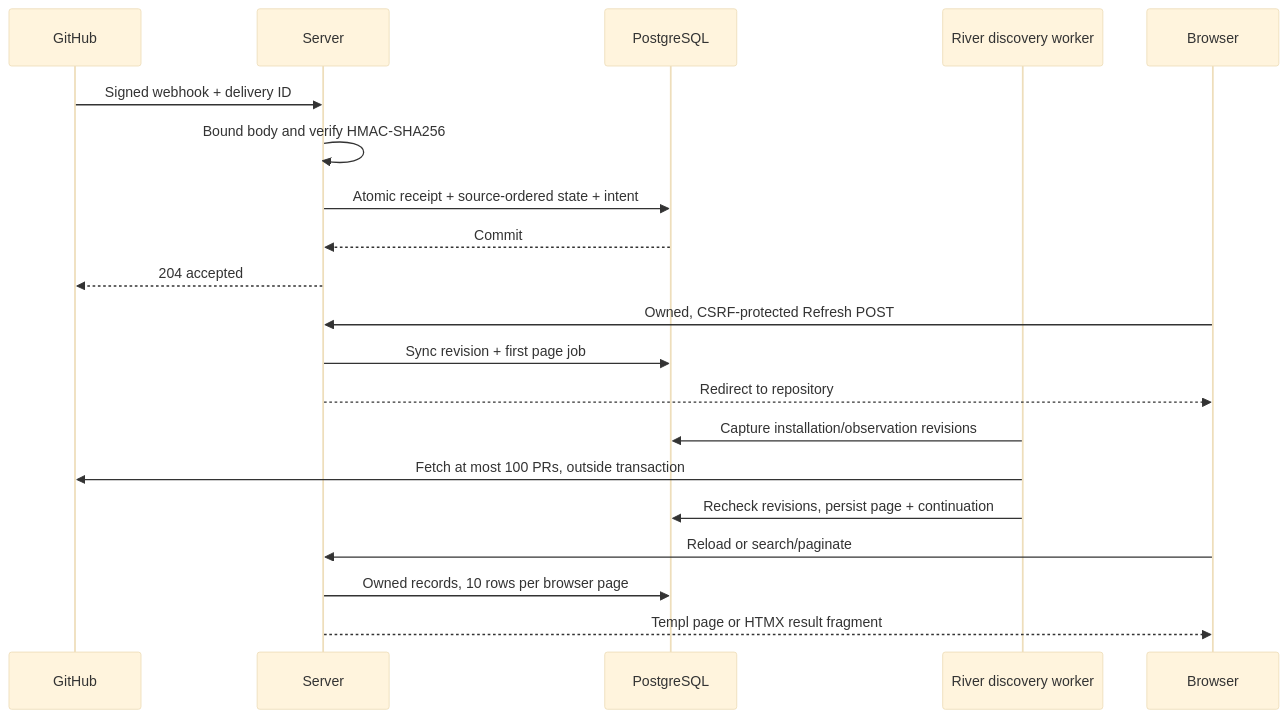
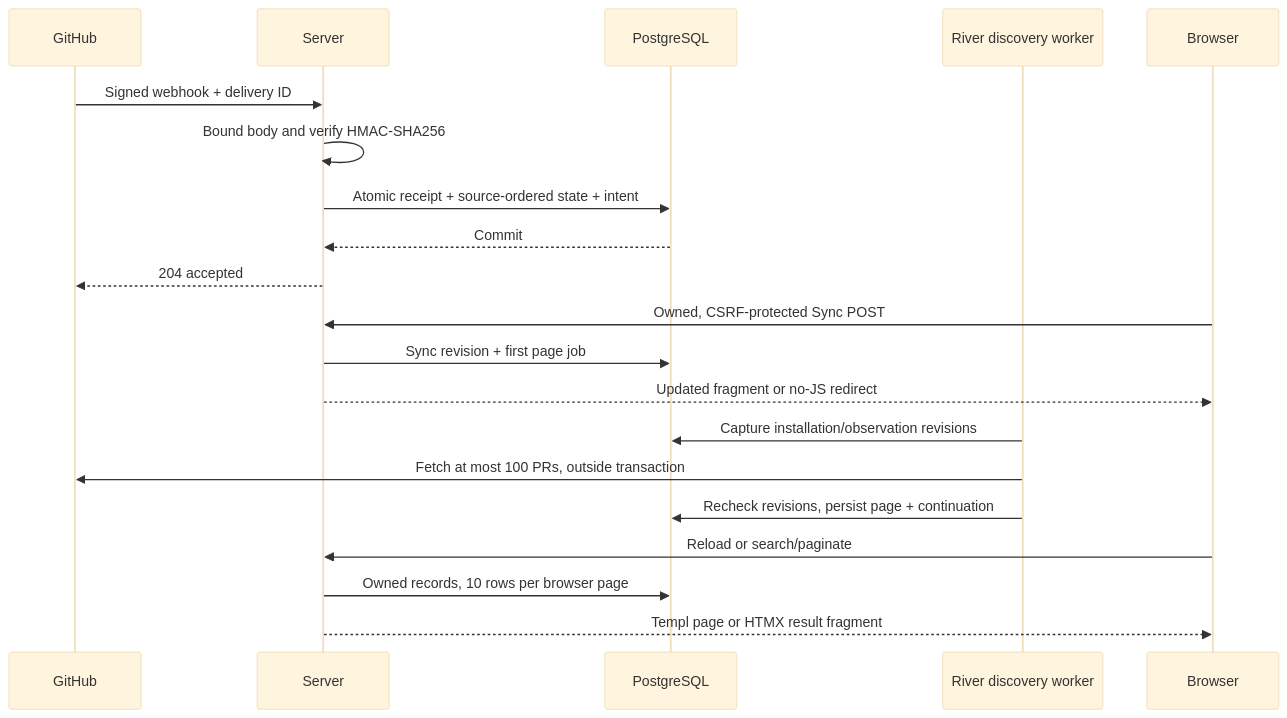
Before and after one commit to ajaykathwate/Previa: the second of 2 diagrams in docs/APP_USER_FLOW.md, drawn with Mermaid (base theme). The commit also changed other lines of this file and 22 other files, not shown here.

````diff
--- a/docs/APP_USER_FLOW.md
+++ b/docs/APP_USER_FLOW.md
@@ -151,22 +156,22 @@
 ```mermaid
 sequenceDiagram
     participant GH as GitHub
     participant HTTP as Server
     participant DB as PostgreSQL
     participant W as River discovery worker
     participant U as Browser
     GH->>HTTP: Signed webhook + delivery ID
     HTTP->>HTTP: Bound body and verify HMAC-SHA256
     HTTP->>DB: Atomic receipt + source-ordered state + intent
     DB-->>HTTP: Commit
     HTTP-->>GH: 204 accepted
-    U->>HTTP: Owned, CSRF-protected Refresh POST
+    U->>HTTP: Owned, CSRF-protected Sync POST
     HTTP->>DB: Sync revision + first page job
-    HTTP-->>U: Redirect to repository
+    HTTP-->>U: Updated fragment or no-JS redirect
     W->>DB: Capture installation/observation revisions
     W->>GH: Fetch at most 100 PRs, outside transaction
     W->>DB: Recheck revisions, persist page + continuation
     U->>HTTP: Reload or search/paginate
     HTTP->>DB: Owned records, 10 rows per browser page
     HTTP-->>U: Templ page or HTMX result fragment
 ```
````
